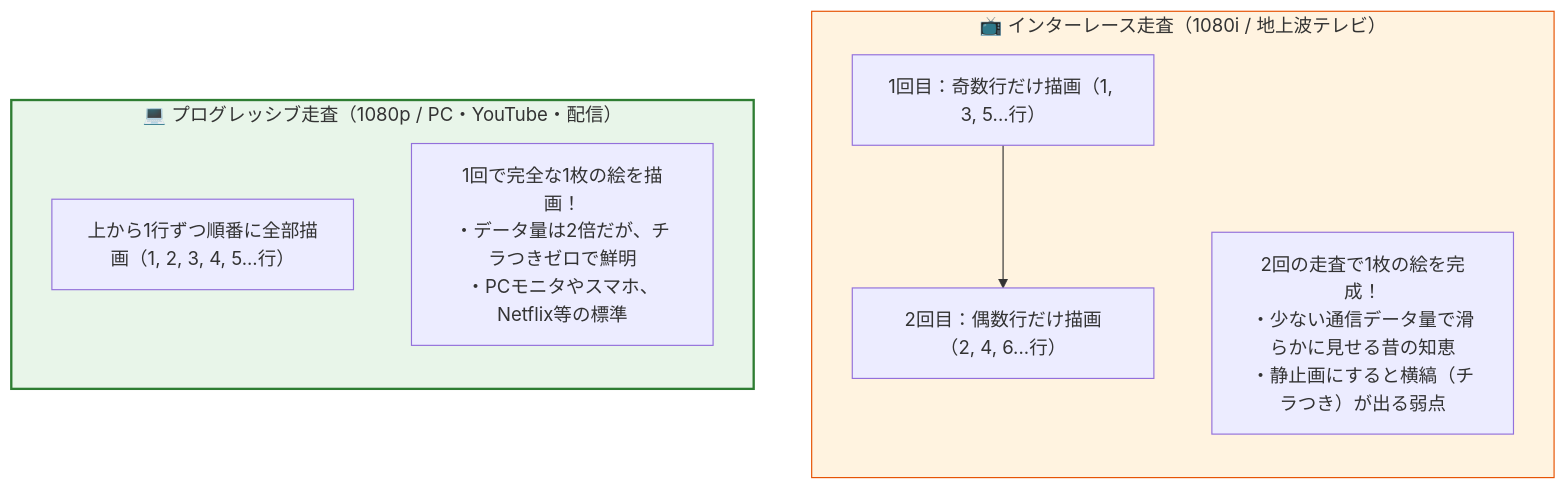
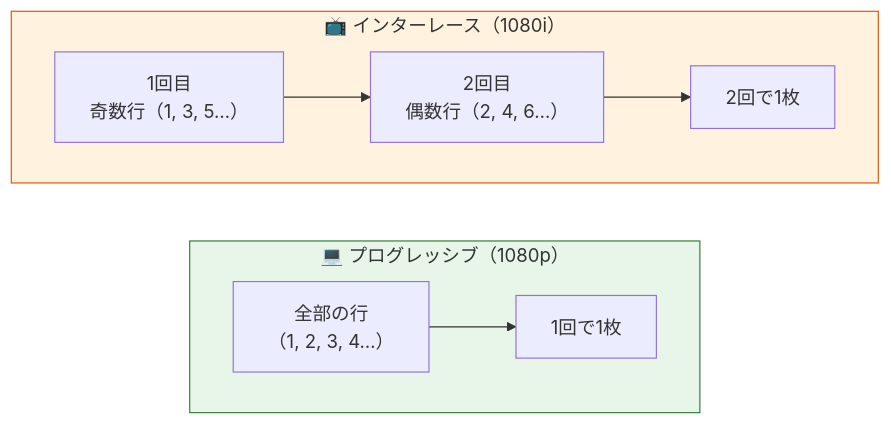
One commit to kashiwabarakenji/multimedia changed the second of 4 diagrams in broadcast.qmd. Above: the diagram before and after it, drawn with Mermaid. The commit also changed other lines of this file, not shown here.

````diff
--- a/broadcast.qmd
+++ b/broadcast.qmd
@@ -89,16 +357,14 @@
 ```{mermaid}
-flowchart TD
-    subgraph Interlace["📺 インターレース走査（1080i / 地上波テレビ）"]
-        direction TB
-        I1["1回目：奇数行だけ描画（1, 3, 5...行）"] --> I2["2回目：偶数行だけ描画（2, 4, 6...行）"]
-        INote["2回の走査で1枚の絵を完成！<br/>・少ない通信データ量で滑らかに見せる昔の知恵<br/>・静止画にすると横縞（チラつき）が出る弱点"]
+flowchart TB
+    subgraph I["📺 インターレース（1080i）"]
+        direction LR
+        I1["1回目<br/>奇数行（1, 3, 5…）"] --> I2["2回目<br/>偶数行（2, 4, 6…）"] --> I3["2回で1枚"]
     end
-    
-    subgraph Progressive["💻 プログレッシブ走査（1080p / PC・YouTube・配信）"]
-        direction TB
-        P1["上から1行ずつ順番に全部描画（1, 2, 3, 4, 5...行）"]
-        PNote["1回で完全な1枚の絵を描画！<br/>・データ量は2倍だが、チラつきゼロで鮮明<br/>・PCモニタやスマホ、Netflix等の標準"]
+    subgraph P["💻 プログレッシブ（1080p）"]
+        direction LR
+        P1["全部の行<br/>（1, 2, 3, 4…）"] --> P2["1回で1枚"]
     end
-    style Interlace fill:#fff3e0,stroke:#e65100
-    style Progressive fill:#e8f5e9,stroke:#2e7d32,stroke-width:2px
+    I ~~~ P
+    style I fill:#fff3e0,stroke:#e65100
+    style P fill:#e8f5e9,stroke:#2e7d32
 ```
````
